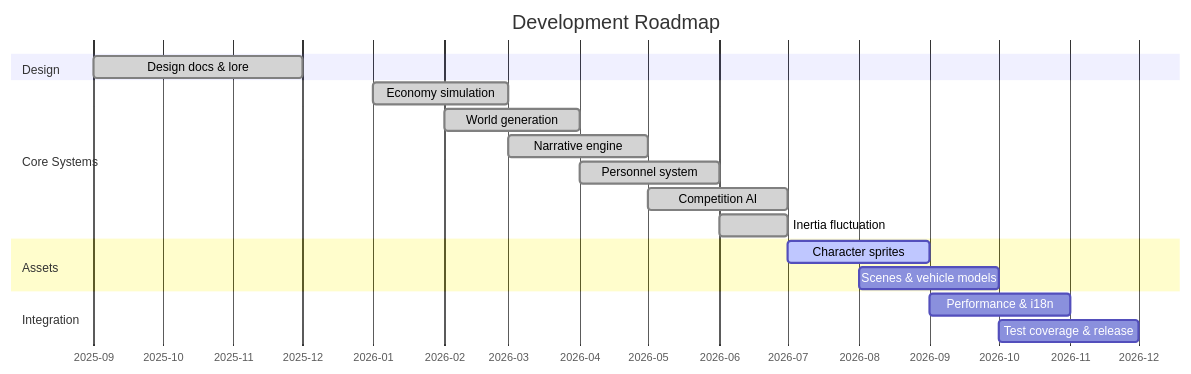
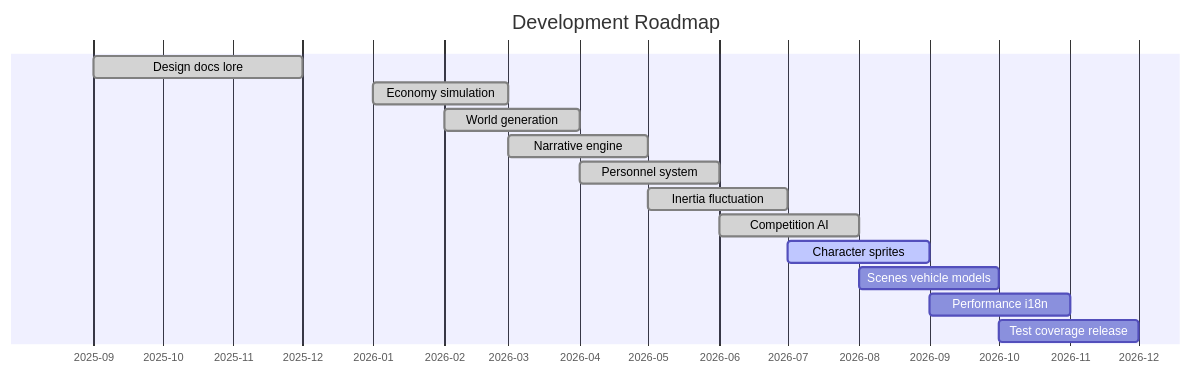
Before and after one commit to NMDX0721/RailwayRenaissance: the seventh of 8 diagrams in README.md, drawn with Mermaid. The commit also changed 1 other file, not shown here.

Commit message:
docs: remove gantt section breaks and & symbols to fix bar alignment - continuous task list

````diff
--- a/README.md
+++ b/README.md
@@ -618,21 +618,17 @@
 ```mermaid
 gantt
     title Development Roadmap
     dateFormat  YYYY-MM
     axisFormat  %Y-%m
-    section Design
-    Design docs & lore       :done, 2025-09, 2025-12
-    section Core Systems
-    Economy simulation       :done, 2026-01, 2026-03
-    World generation         :done, 2026-02, 2026-04
-    Narrative engine         :done, 2026-03, 2026-05
-    Personnel system         :done, 2026-04, 2026-06
-    Competition AI           :done, 2026-05, 2026-07
-    Inertia fluctuation     :done, 2026-06, 2026-07
-    section Assets
-    Character sprites        :active, 2026-07, 2026-09
-    Scenes & vehicle models  :2026-08, 2026-10
-    section Integration
-    Performance & i18n       :2026-09, 2026-11
-    Test coverage & release  :2026-10, 2026-12
+    Design docs lore          :done, 2025-09, 2025-12
+    Economy simulation        :done, 2026-01, 2026-03
+    World generation          :done, 2026-02, 2026-04
+    Narrative engine          :done, 2026-03, 2026-05
+    Personnel system          :done, 2026-04, 2026-06
+    Inertia fluctuation       :done, 2026-05, 2026-07
+    Competition AI            :done, 2026-06, 2026-08
+    Character sprites         :active, 2026-07, 2026-09
+    Scenes vehicle models     :2026-08, 2026-10
+    Performance i18n          :2026-09, 2026-11
+    Test coverage release     :2026-10, 2026-12
 ```
````
